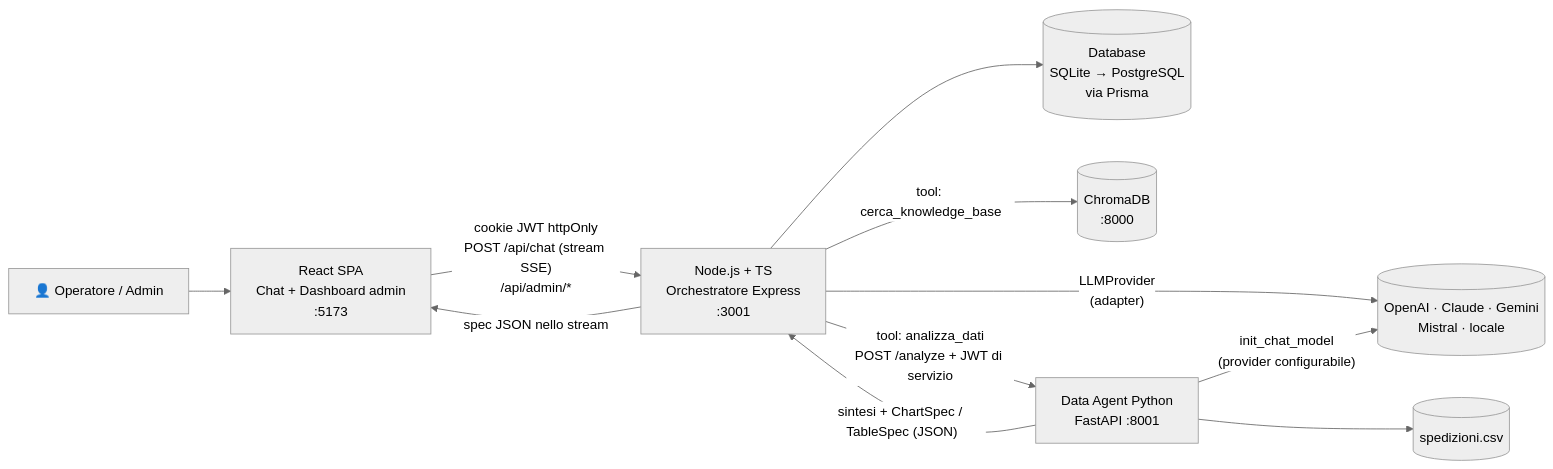
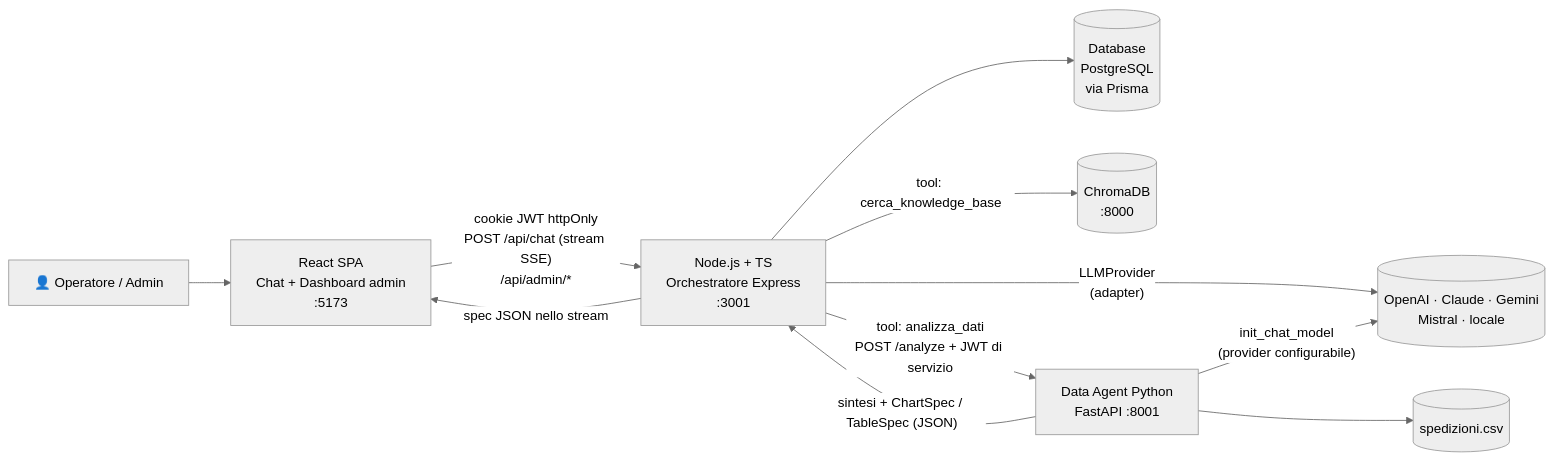
One commit to AlessiaCattaneoDev/logisticai changed the diagram in PROGETTO.md. Above: the diagram before and after it, drawn with Mermaid (neutral theme). The commit also changed other lines of this file and 38 other files, not shown here.

Commit message:
feat: database PostgreSQL e configurazione per pubblicare su Vercel, Railway e Neon

````diff
--- a/PROGETTO.md
+++ b/PROGETTO.md
@@ -271,13 +271,13 @@
 ```mermaid
 flowchart LR
     U[👤 Operatore / Admin] --> FE[React SPA<br/>Chat + Dashboard admin<br/>:5173]
     FE -- "cookie JWT httpOnly<br/>POST /api/chat (stream SSE)<br/>/api/admin/*" --> BE[Node.js + TS<br/>Orchestratore Express<br/>:3001]
-    BE --> DB[(Database<br/>SQLite → PostgreSQL<br/>via Prisma)]
+    BE --> DB[(Database<br/>PostgreSQL<br/>via Prisma)]
     BE -- "LLMProvider<br/>(adapter)" --> LLM[(OpenAI · Claude · Gemini<br/>Mistral · locale)]
     BE -- "tool: cerca_knowledge_base" --> CH[(ChromaDB<br/>:8000)]
     BE -- "tool: analizza_dati<br/>POST /analyze + JWT di servizio" --> DA[Data Agent Python<br/>FastAPI :8001]
     DA -- "init_chat_model<br/>(provider configurabile)" --> LLM
     DA --> CSV[(spedizioni.csv)]
     DA -- "sintesi + ChartSpec / TableSpec (JSON)" --> BE
     BE -- "spec JSON nello stream" --> FE
 ```
````
